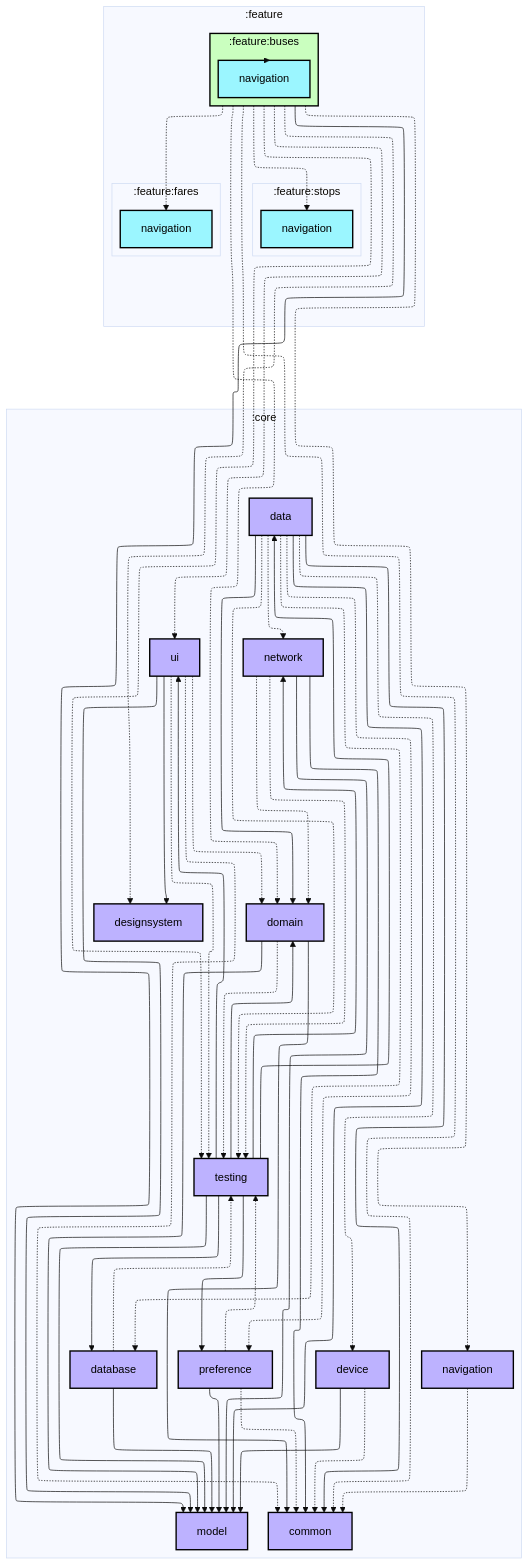
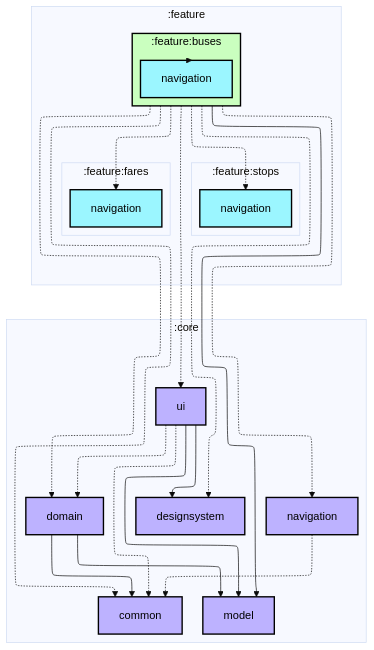
One commit to Adrc95/logrono-bus changed the first of 2 diagrams in feature/buses/README.md. Above: the diagram before and after it, drawn with Mermaid (base theme). The commit also changed 32 other files, not shown here.

First line of the commit message:
Chore: unblock the test suites, the graphs and the CI

```diff
--- a/feature/buses/README.md
+++ b/feature/buses/README.md
@@ -30,60 +30,25 @@
   subgraph :core
     direction TB
     :core:common[common]:::library
-    :core:data[data]:::library
-    :core:database[database]:::library
     :core:designsystem[designsystem]:::library
-    :core:device[device]:::library
     :core:domain[domain]:::library
     :core:model[model]:::library
     :core:navigation[navigation]:::library
-    :core:network[network]:::library
-    :core:preference[preference]:::library
-    :core:testing[testing]:::library
     :core:ui[ui]:::library
   end
 
-  :core:data --> :core:common
-  :core:data -.-> :core:database
-  :core:data -.-> :core:device
-  :core:data --> :core:domain
-  :core:data --> :core:model
-  :core:data -.-> :core:network
-  :core:data -.-> :core:preference
-  :core:data -.-> :core:testing
-  :core:database --> :core:model
-  :core:database -.-> :core:testing
-  :core:device -.-> :core:common
-  :core:device --> :core:model
   :core:domain --> :core:common
   :core:domain --> :core:model
-  :core:domain -.-> :core:testing
   :core:navigation -.-> :core:common
-  :core:network --> :core:common
-  :core:network -.-> :core:domain
-  :core:network --> :core:model
-  :core:network -.-> :core:testing
-  :core:preference -.-> :core:common
-  :core:preference --> :core:model
-  :core:preference -.-> :core:testing
-  :core:testing --> :core:data
-  :core:testing --> :core:database
-  :core:testing --> :core:domain
-  :core:testing --> :core:model
-  :core:testing --> :core:network
-  :core:testing --> :core:preference
-  :core:testing --> :core:ui
   :core:ui -.-> :core:common
   :core:ui --> :core:designsystem
   :core:ui -.-> :core:domain
   :core:ui --> :core:model
-  :core:ui -.-> :core:testing
   :feature:buses -.-> :core:common
   :feature:buses -.-> :core:designsystem
   :feature:buses -.-> :core:domain
   :feature:buses --> :core:model
   :feature:buses -.-> :core:navigation
-  :feature:buses -.-> :core:testing
   :feature:buses -.-> :core:ui
   :feature:buses --> :feature:buses:navigation
   :feature:buses -.-> :feature:fares:navigation
```
